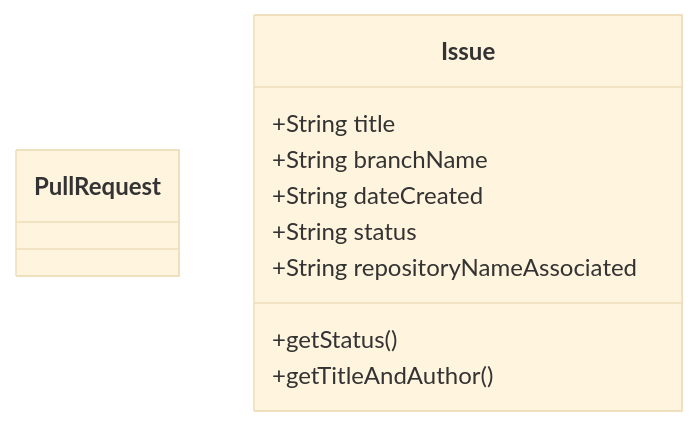
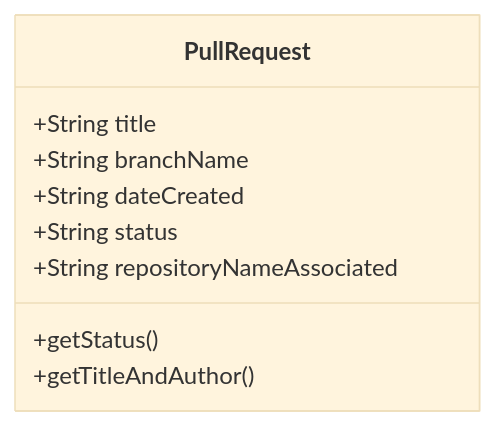
Before and after one commit to MikoVelascoRamirez/playbook: the third of 3 diagrams in weekly_mission_2/exercises/exercise-github/readme.md, drawn with Mermaid (base theme).

Commit message:
docs: changing name class reference

````diff
--- a/weekly_mission_2/exercises/exercise-github/readme.md
+++ b/weekly_mission_2/exercises/exercise-github/readme.md
@@ -55,11 +55,11 @@
 ```mermaid
 classDiagram
 class PullRequest
-Issue: +String title
-Issue: +String branchName
-Issue: +String dateCreated
-Issue: +String status
-Issue: +String repositoryNameAssociated
-Issue: +getStatus()
-Issue: +getTitleAndAuthor()
+PullRequest: +String title
+PullRequest: +String branchName
+PullRequest: +String dateCreated
+PullRequest: +String status
+PullRequest: +String repositoryNameAssociated
+PullRequest: +getStatus()
+PullRequest: +getTitleAndAuthor()
 ```
````
